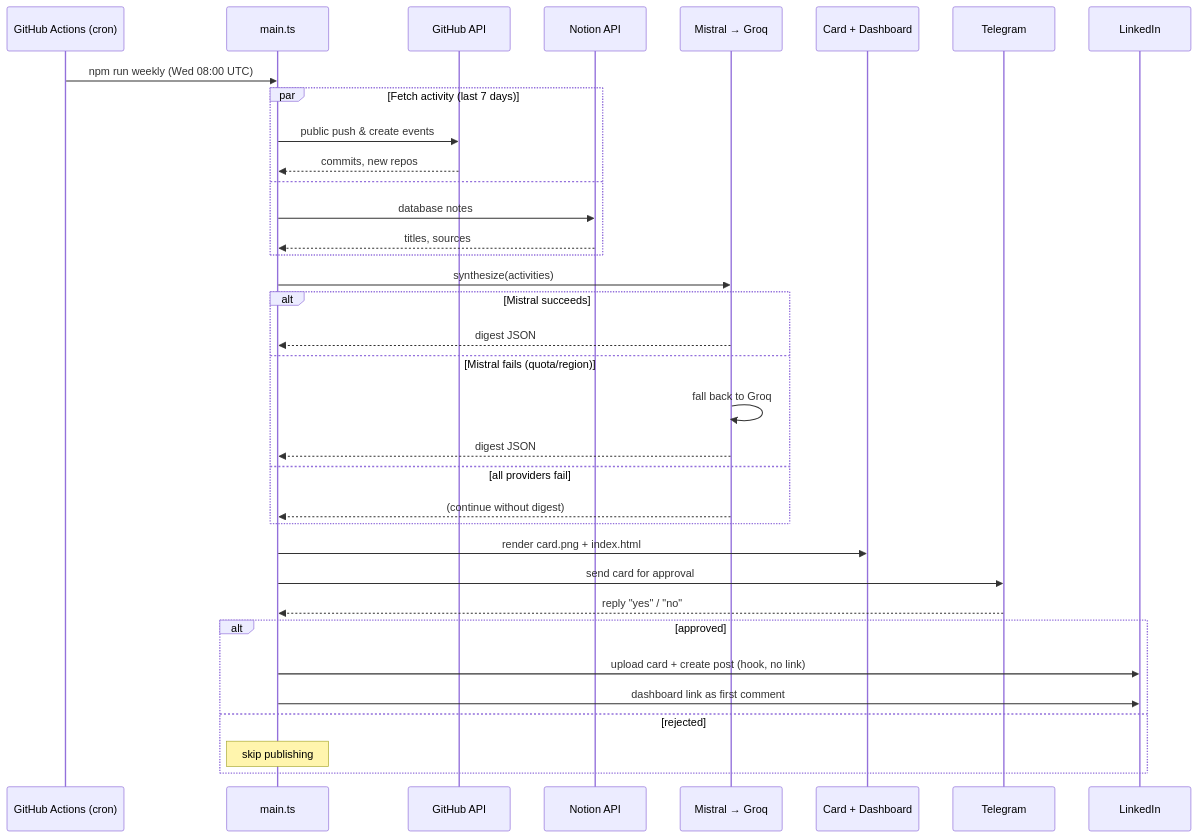
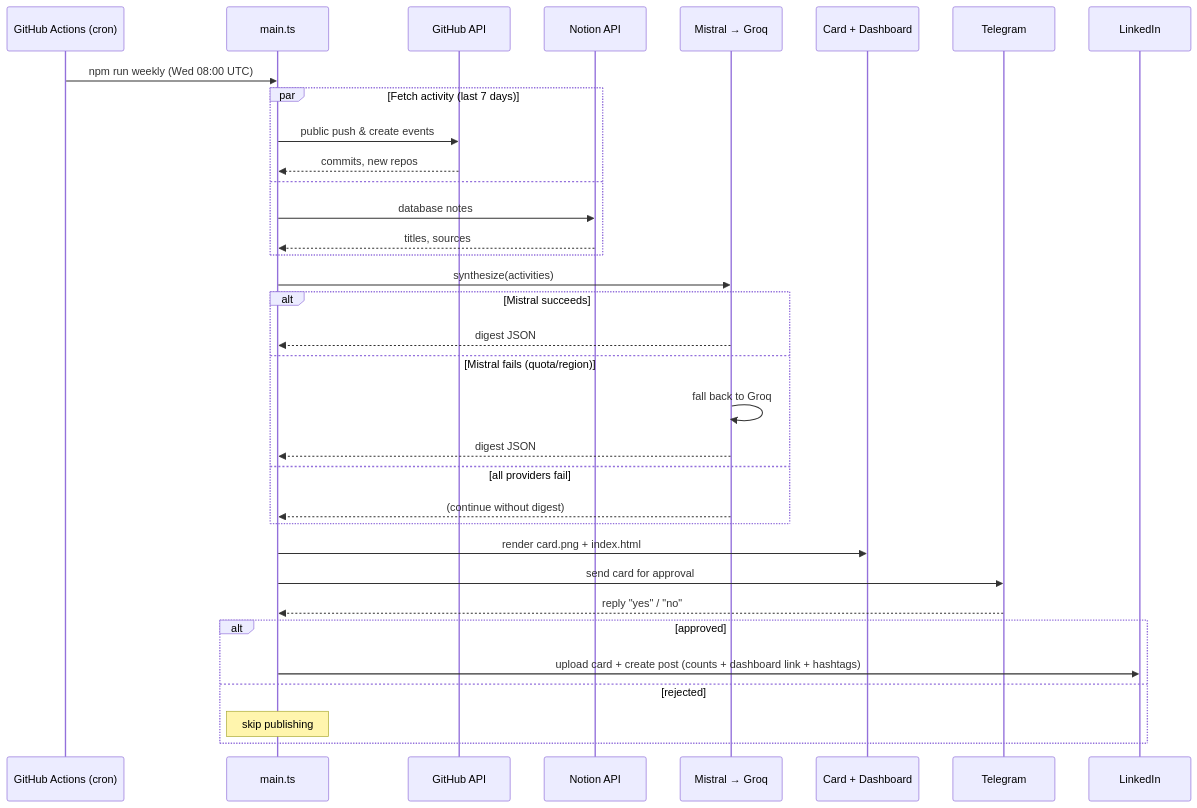
Before and after one commit to jormiquis/weekly-changelog: the second of 2 diagrams in README.md, drawn with Mermaid. The commit also changed other lines of this file and 9 other files, not shown here.

````diff
--- a/README.md
+++ b/README.md
@@ -93,38 +93,37 @@
 ```mermaid
 sequenceDiagram
     participant Cron as GitHub Actions (cron)
     participant Main as main.ts
     participant GH as GitHub API
     participant NO as Notion API
     participant AI as Mistral → Groq
     participant UI as Card + Dashboard
     participant TG as Telegram
     participant LI as LinkedIn
 
     Cron->>Main: npm run weekly (Wed 08:00 UTC)
     par Fetch activity (last 7 days)
         Main->>GH: public push & create events
         GH-->>Main: commits, new repos
     and
         Main->>NO: database notes
         NO-->>Main: titles, sources
     end
     Main->>AI: synthesize(activities)
     alt Mistral succeeds
         AI-->>Main: digest JSON
     else Mistral fails (quota/region)
         AI->>AI: fall back to Groq
         AI-->>Main: digest JSON
     else all providers fail
         AI-->>Main: (continue without digest)
     end
     Main->>UI: render card.png + index.html
     Main->>TG: send card for approval
     TG-->>Main: reply "yes" / "no"
     alt approved
-        Main->>LI: upload card + create post (hook, no link)
-        Main->>LI: dashboard link as first comment
+        Main->>LI: upload card + create post (counts + dashboard link + hashtags)
     else rejected
         Note over Main: skip publishing
     end
 ```
````
